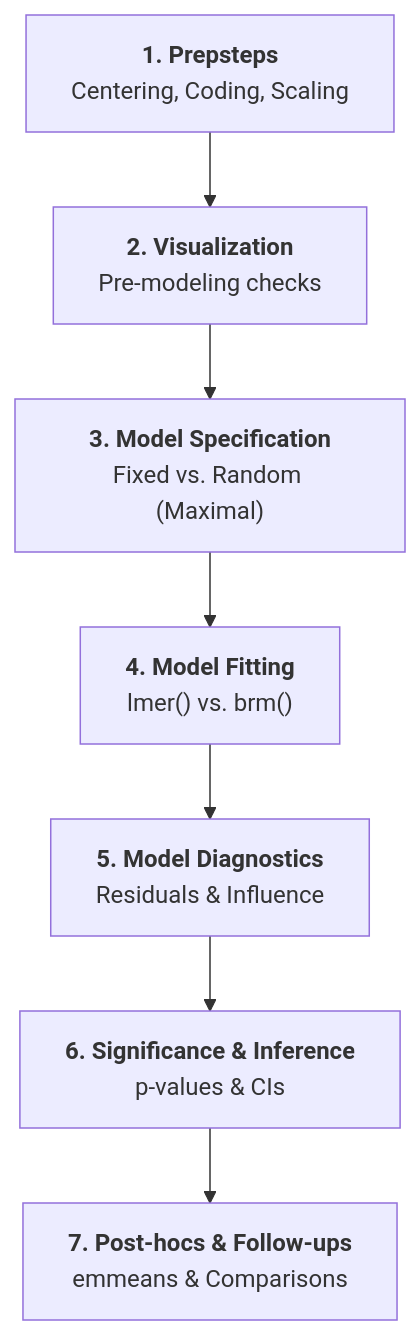
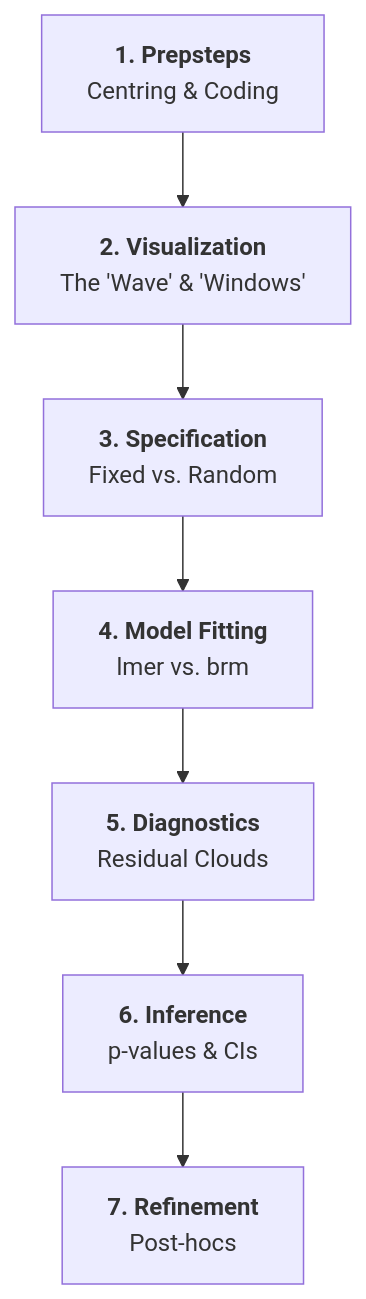
One commit to GM024/CourseSummaries changed the diagram in Mixed_Effects_Models/Complete Literature Over.md. Above: the diagram before and after it, drawn with Mermaid. The commit also changed other lines of this file, not shown here.

````diff
--- a/Mixed_Effects_Models/Complete Literature Over.md
+++ b/Mixed_Effects_Models/Complete Literature Over.md
@@ -11,12 +11,12 @@
 ```mermaid
 graph TD
-    S1["<b>1. Prepsteps</b><br>Centering, Coding, Scaling"]
-    S2["<b>2. Visualization</b><br>Pre-modeling checks"]
-    S3["<b>3. Model Specification</b><br>Fixed vs. Random (Maximal)"]
-    S4["<b>4. Model Fitting</b><br>lmer() vs. brm()"]
-    S5["<b>5. Model Diagnostics</b><br>Residuals & Influence"]
-    S6["<b>6. Significance & Inference</b><br>p-values & CIs"]
-    S7["<b>7. Post-hocs & Follow-ups</b><br>emmeans & Comparisons"]
+    S1["<b>1. Prepsteps</b><br>Centring & Coding"]
+    S2["<b>2. Visualization</b><br>The 'Wave' & 'Windows'"]
+    S3["<b>3. Specification</b><br>Fixed vs. Random"]
+    S4["<b>4. Model Fitting</b><br>lmer vs. brm"]
+    S5["<b>5. Diagnostics</b><br>Residual Clouds"]
+    S6["<b>6. Inference</b><br>p-values & CIs"]
+    S7["<b>7. Refinement</b><br>Post-hocs"]
 
     S1 --> S2 --> S3 --> S4 --> S5 --> S6 --> S7
 ```
````
